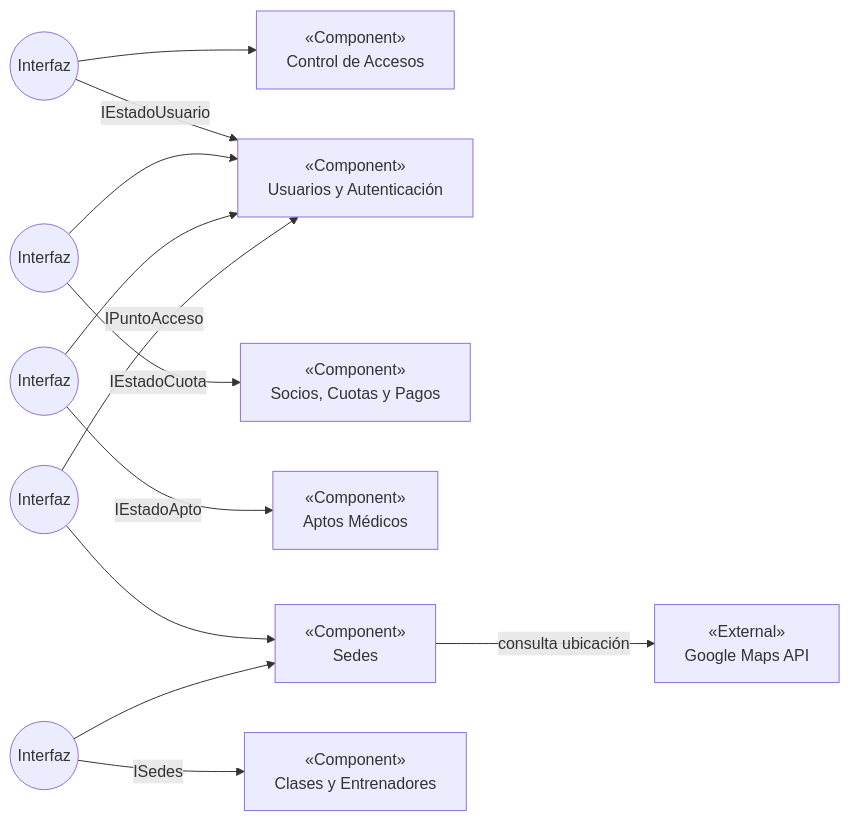
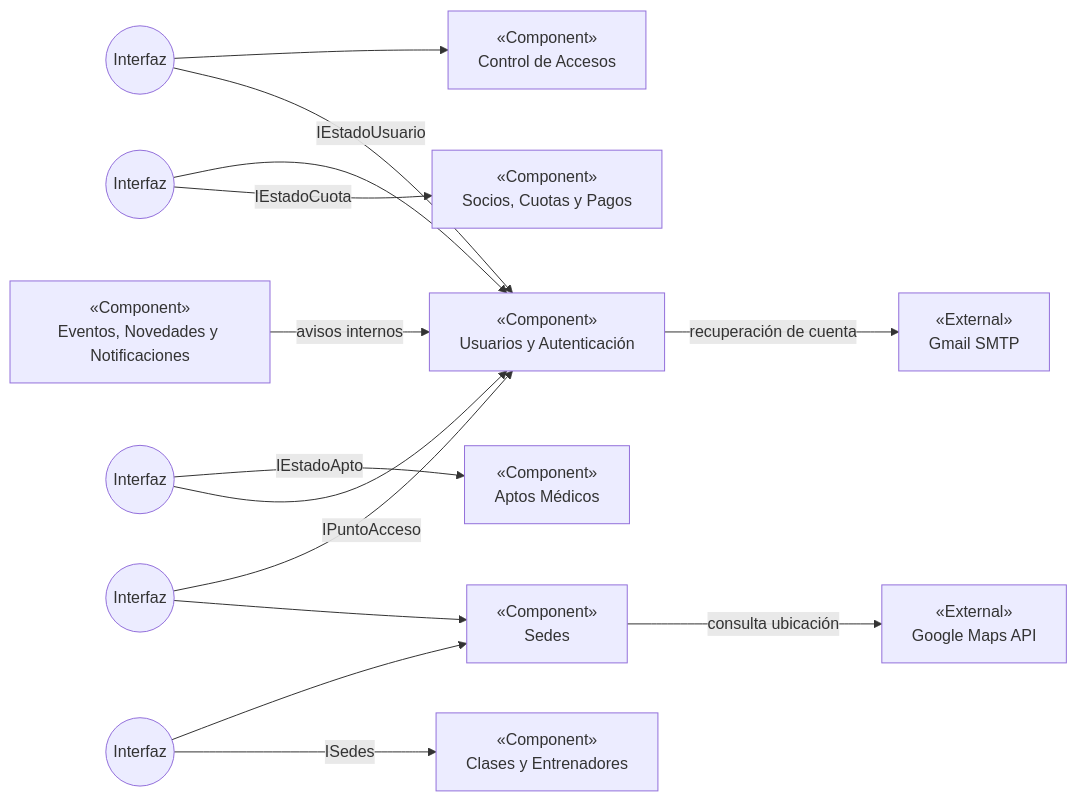
Before and after one commit to MTeamOrg/MTeamBackend: the diagram in docs/Diagrama_de_Componentes_M-Team.md, drawn with Mermaid. The commit also changed other lines of this file and 17 other files, not shown here.

````diff
--- a/docs/Diagrama_de_Componentes_M-Team.md
+++ b/docs/Diagrama_de_Componentes_M-Team.md
@@ -7,22 +7,26 @@
 ```mermaid
 flowchart LR
     ACC["«Component»<br/>Control de Accesos"]
     AUTH["«Component»<br/>Usuarios y Autenticación"]
     SOC["«Component»<br/>Socios, Cuotas y Pagos"]
     APT["«Component»<br/>Aptos Médicos"]
     SED["«Component»<br/>Sedes"]
     CLA["«Component»<br/>Clases y Entrenadores"]
+    COM["«Component»<br/>Eventos, Novedades y Notificaciones"]
+    MAIL["«External»<br/>Gmail SMTP"]
     MAP["«External»<br/>Google Maps API"]
 
     I18((Interfaz)) --> ACC
     I18 -->|IEstadoUsuario| AUTH
     I23((Interfaz)) --> AUTH
     I23 -->|IEstadoCuota| SOC
     I29((Interfaz)) -->|IEstadoApto| APT
     I29 --> AUTH
     I32((Interfaz)) -->|IPuntoAcceso| AUTH
     I32 --> SED
     I36((Interfaz)) --> SED
     I36 -->|ISedes| CLA
     SED -->|consulta ubicación| MAP
+    AUTH -->|recuperación de cuenta| MAIL
+    COM -->|avisos internos| AUTH
 ```
````
